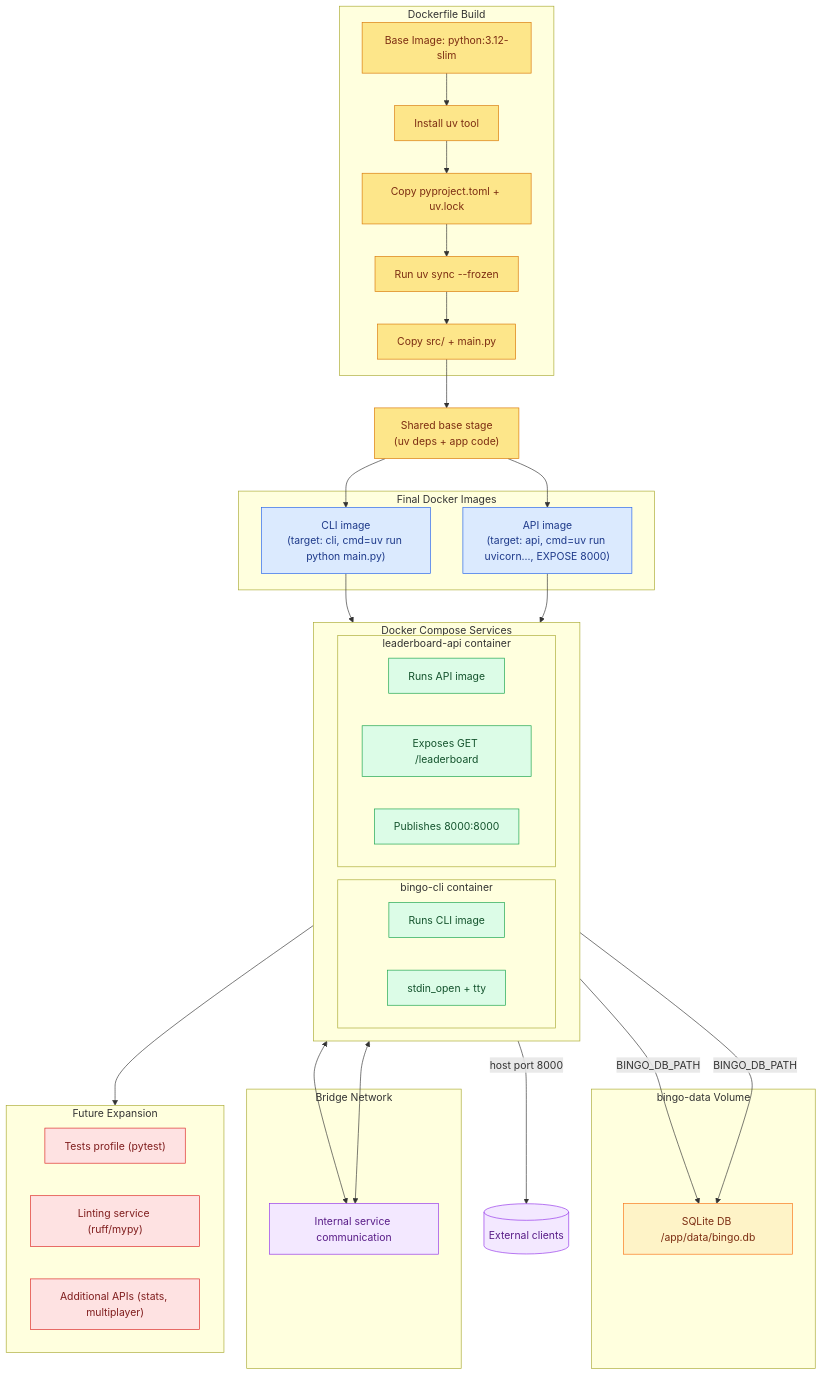
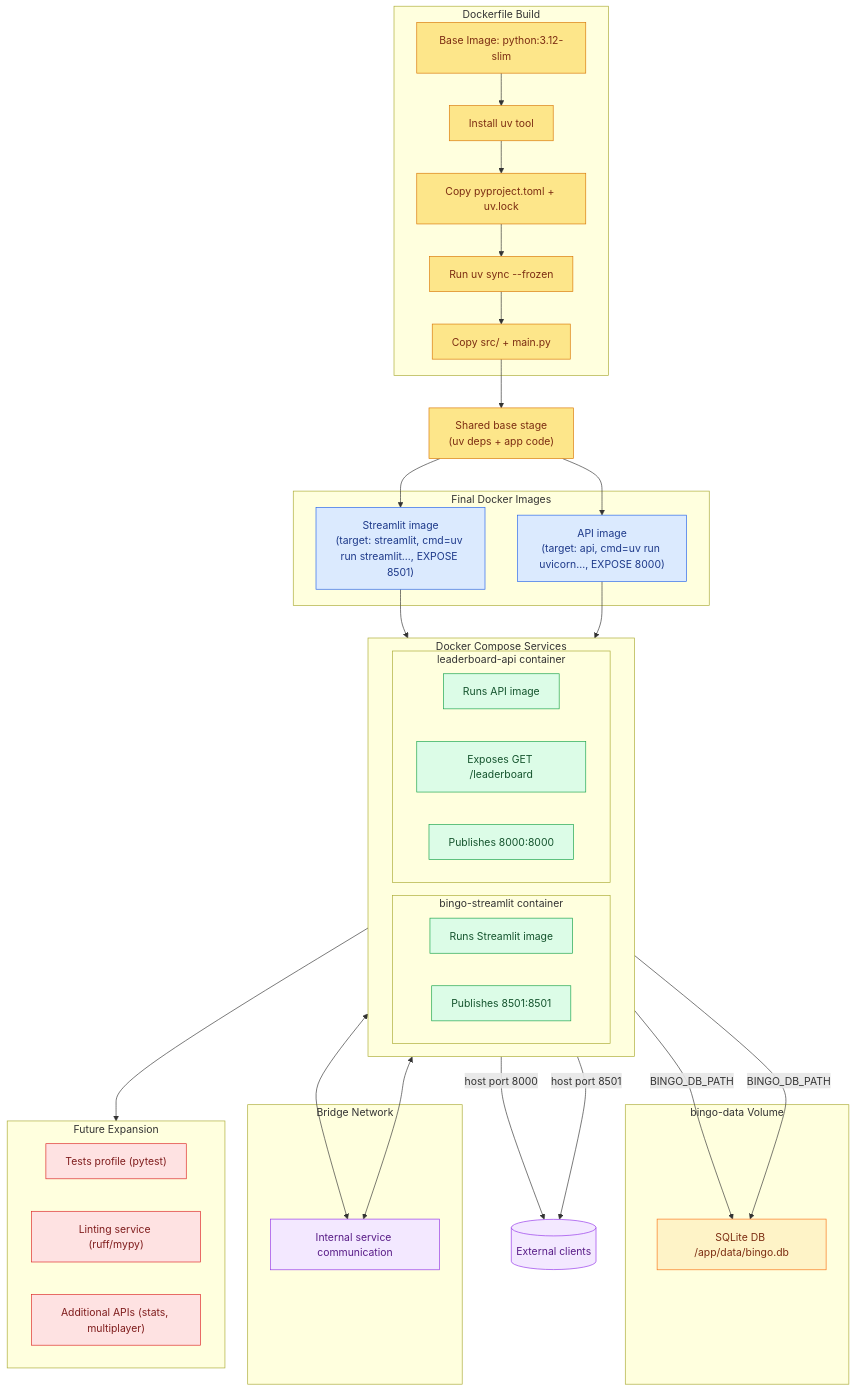
One commit to JoanBatllo/my-project-bingo changed the diagram in docs/docker_plan.md. Above: the diagram before and after it, drawn with Mermaid. The commit also changed other lines of this file and 14 other files, not shown here.

Commit message:
feat: transition from CLI to UI with Streamlit

````diff
--- a/docs/docker_plan.md
+++ b/docs/docker_plan.md
@@ -102,72 +101,73 @@
 ```mermaid
 flowchart TD
     %% Dockerfile build chain
     subgraph Dockerfile["Dockerfile Build"]
         A1["Base Image: python:3.12-slim"]
         A2["Install uv tool"]
         A3["Copy pyproject.toml + uv.lock"]
         A4["Run uv sync --frozen"]
         A5["Copy src/ + main.py"]
         A1 --> A2 --> A3 --> A4 --> A5
     end
 
     BaseStage["Shared base stage\n(uv deps + app code)"]
     A5 --> BaseStage
 
     subgraph Images["Final Docker Images"]
-        CLI_IMG["CLI image\n(target: cli, cmd=uv run python main.py)"]
         API_IMG["API image\n(target: api, cmd=uv run uvicorn..., EXPOSE 8000)"]
+        ST_IMG["Streamlit image\n(target: streamlit, cmd=uv run streamlit..., EXPOSE 8501)"]
     end
-    BaseStage --> CLI_IMG
     BaseStage --> API_IMG
+    BaseStage --> ST_IMG
 
     subgraph Compose["Docker Compose Services"]
         direction LR
-        subgraph CLI["bingo-cli container"]
-            C1["Runs CLI image"]
-            C2["stdin_open + tty"]
+        subgraph ST["bingo-streamlit container"]
+            S1["Runs Streamlit image"]
+            S2["Publishes 8501:8501"]
         end
         subgraph API["leaderboard-api container"]
             L1["Runs API image"]
             L2["Exposes GET /leaderboard"]
             L3["Publishes 8000:8000"]
         end
     end
-    CLI_IMG --> C1
+    ST_IMG --> S1
     API_IMG --> L1
 
     subgraph Volume["bingo-data Volume"]
         V1["SQLite DB /app/data/bingo.db"]
     end
-    C1 -->|BINGO_DB_PATH| V1
+    S1 -->|BINGO_DB_PATH| V1
     L1 -->|BINGO_DB_PATH| V1
 
     subgraph Network["Bridge Network"]
         N1["Internal service communication"]
     end
-    CLI <--> N1
+    ST <--> N1
     API <--> N1
     L3 -->|host port 8000| Host[(External clients)]
+    S2 -->|host port 8501| Host
 
     subgraph Future["Future Expansion"]
         F1["Tests profile (pytest)"]
         F2["Linting service (ruff/mypy)"]
         F3["Additional APIs (stats, multiplayer)"]
     end
     Compose --> Future
 
     %% Styling
     classDef build fill:#fde68a,stroke:#d97706,color:#7c2d12;
     classDef image fill:#dbeafe,stroke:#2563eb,color:#1e3a8a;
     classDef service fill:#dcfce7,stroke:#16a34a,color:#14532d;
     classDef data fill:#fef3c7,stroke:#f97316,color:#7c2d12;
     classDef net fill:#f3e8ff,stroke:#9333ea,color:#581c87;
     classDef future fill:#fee2e2,stroke:#dc2626,color:#7f1d1d;
 
     class A1,A2,A3,A4,A5,BaseStage build;
-    class CLI_IMG,API_IMG image;
-    class C1,C2,L1,L2,L3 service;
+    class API_IMG,ST_IMG image;
+    class S1,S2,L1,L2,L3 service;
     class V1 data;
     class N1,Host net;
     class F1,F2,F3 future;
 ```
````
